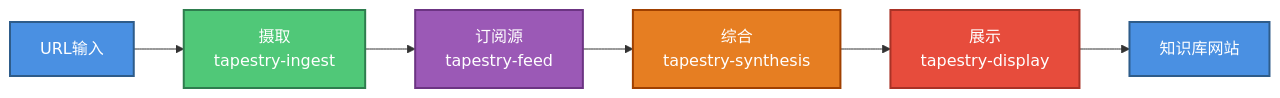
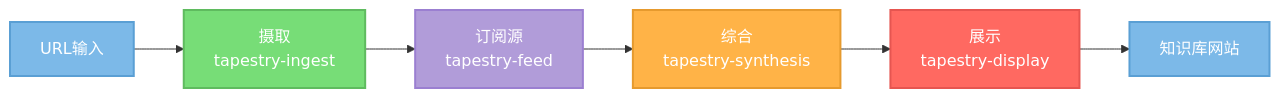
One commit to NatsuFox/Tapestry changed the first of 4 diagrams in README.md. Above: the diagram before and after it, drawn with Mermaid. The commit also changed other lines of this file, not shown here.

First line of the commit message:
style: soften diagram colors for better readability

````diff
--- a/README.md
+++ b/README.md
@@ -196,15 +196,15 @@
 ```mermaid
 flowchart LR
     A[URL输入] --> B[摄取<br/>tapestry-ingest]
     B --> C[订阅源<br/>tapestry-feed]
     C --> D[综合<br/>tapestry-synthesis]
     D --> E[展示<br/>tapestry-display]
     E --> F[知识库网站]
 
-    style A fill:#4A90E2,stroke:#2E5C8A,stroke-width:2px,color:#fff
-    style B fill:#50C878,stroke:#2E7D4E,stroke-width:2px,color:#fff
-    style C fill:#9B59B6,stroke:#6C3483,stroke-width:2px,color:#fff
-    style D fill:#E67E22,stroke:#A04000,stroke-width:2px,color:#fff
-    style E fill:#E74C3C,stroke:#A93226,stroke-width:2px,color:#fff
-    style F fill:#4A90E2,stroke:#2E5C8A,stroke-width:2px,color:#fff
+    style A fill:#7CB9E8,stroke:#5A9FD4,stroke-width:2px,color:#fff
+    style B fill:#77DD77,stroke:#5FBB5F,stroke-width:2px,color:#fff
+    style C fill:#B19CD9,stroke:#9B7FD1,stroke-width:2px,color:#fff
+    style D fill:#FFB347,stroke:#E69A2E,stroke-width:2px,color:#fff
+    style E fill:#FF6961,stroke:#E65550,stroke-width:2px,color:#fff
+    style F fill:#7CB9E8,stroke:#5A9FD4,stroke-width:2px,color:#fff
 ```
````
